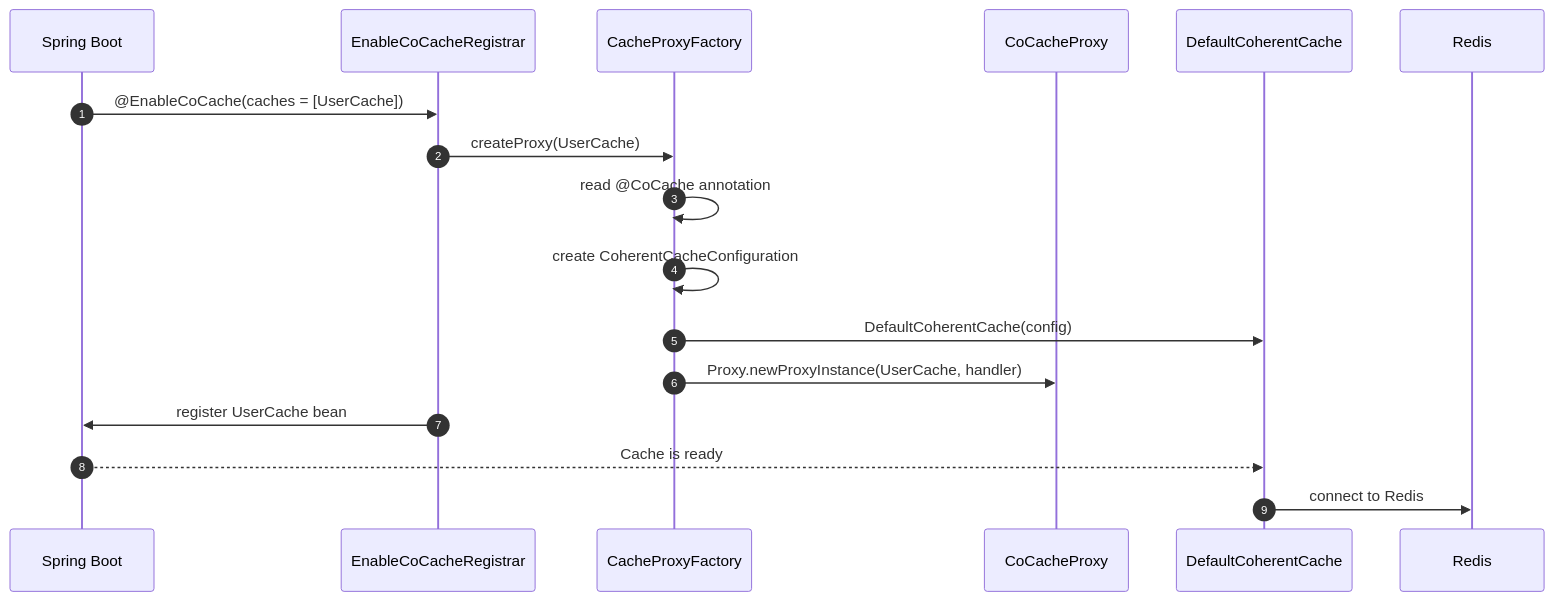
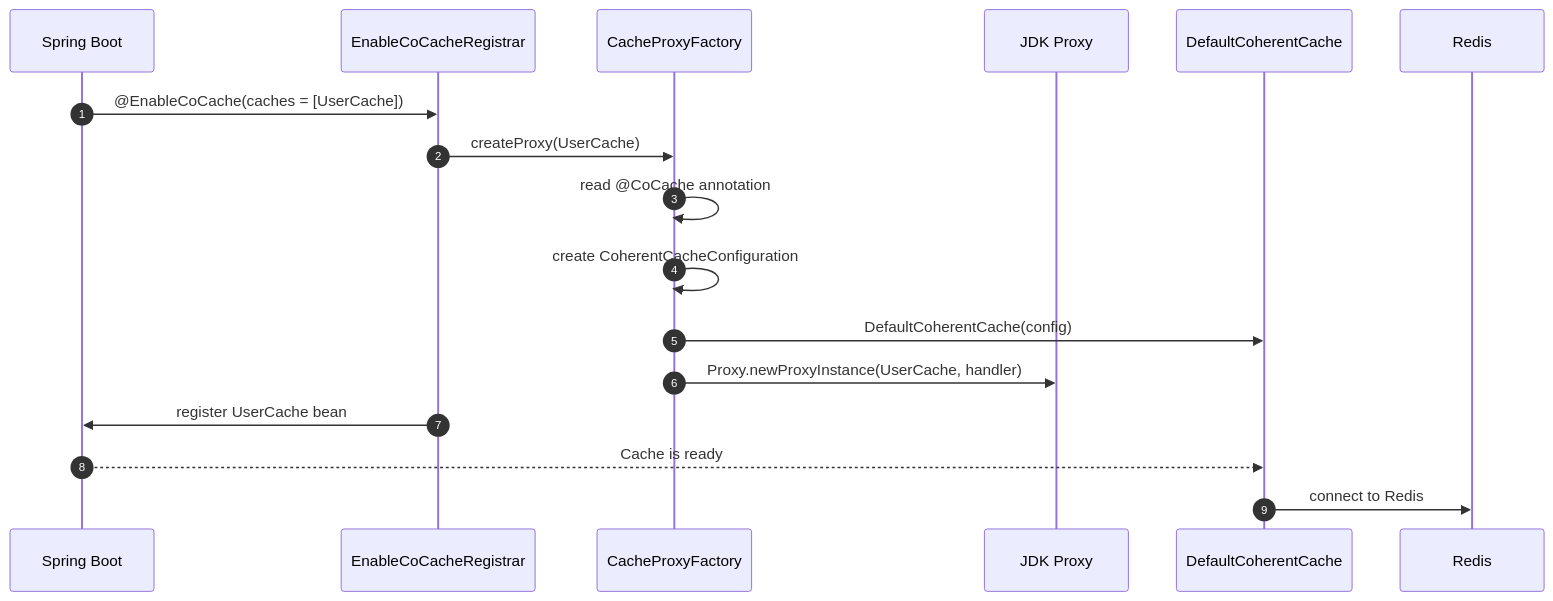
One commit to Ahoo-Wang/CoCache changed the third of 4 diagrams in wiki/guide/quick-start.md. Above: the diagram before and after it, drawn with Mermaid. The commit also changed other lines of this file and 256 other files, not shown here.

````diff
--- a/wiki/guide/quick-start.md
+++ b/wiki/guide/quick-start.md
@@ -186,21 +183,21 @@
 ```mermaid
 sequenceDiagram
 autonumber
     participant SB as Spring Boot
     participant Registrar as EnableCoCacheRegistrar
     participant Factory as CacheProxyFactory
-    participant Proxy as CoCacheProxy
+    participant Proxy as JDK Proxy
     participant Cache as DefaultCoherentCache
     participant Redis as Redis
 
     SB->>Registrar: @EnableCoCache(caches = [UserCache])
     Registrar->>Factory: createProxy(UserCache)
     Factory->>Factory: read @CoCache annotation
     Factory->>Factory: create CoherentCacheConfiguration
     Factory->>Cache: DefaultCoherentCache(config)
     Factory->>Proxy: Proxy.newProxyInstance(UserCache, handler)
     Registrar->>SB: register UserCache bean
     SB-->>Cache: Cache is ready
     Cache->>Redis: connect to Redis
 
 ```
````
